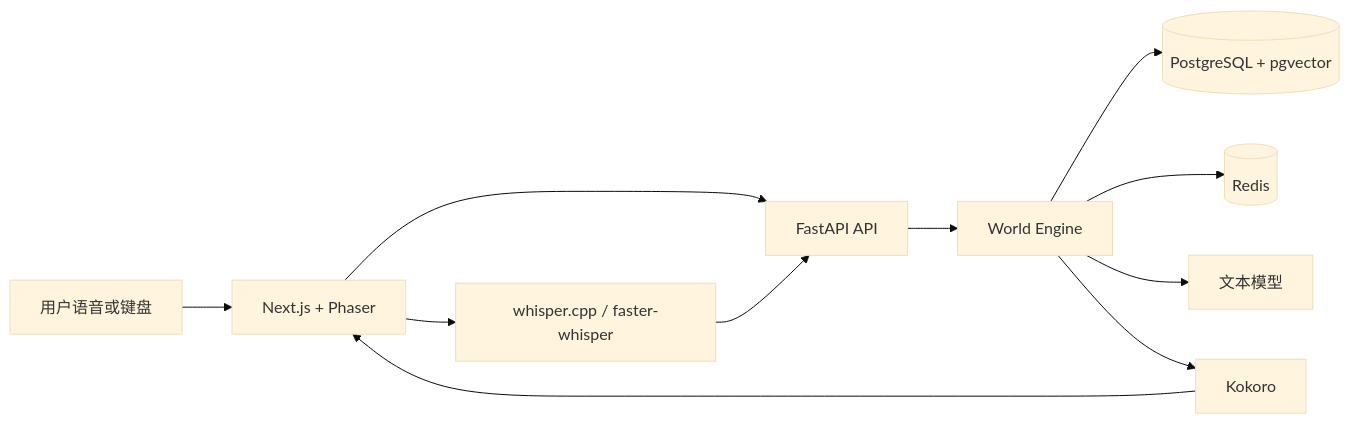
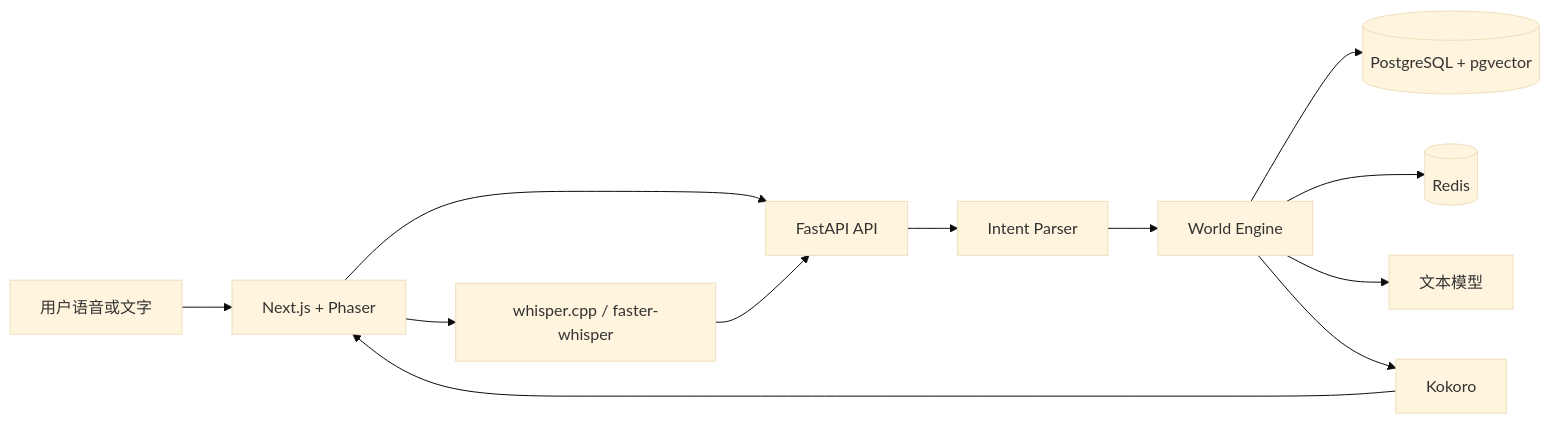
The diagram in 技术文档.md (shadowDragons/Scentalka), drawn with Mermaid (base theme) before and after one commit. The commit also changed other lines of this file and 3 other files, not shown here.

````diff
--- a/技术文档.md
+++ b/技术文档.md
@@ -91,13 +119,14 @@
 ```mermaid
 flowchart LR
-    U[用户语音或键盘] --> W[Next.js + Phaser]
+    U[用户语音或文字] --> W[Next.js + Phaser]
     W --> API[FastAPI API]
-    API --> E[World Engine]
+    API --> I[Intent Parser]
+    I --> E[World Engine]
     E --> DB[(PostgreSQL + pgvector)]
     E --> R[(Redis)]
     E --> LLM[文本模型]
     W --> STT[whisper.cpp / faster-whisper]
     E --> TTS[Kokoro]
     STT --> API
     TTS --> W
 ```
````
